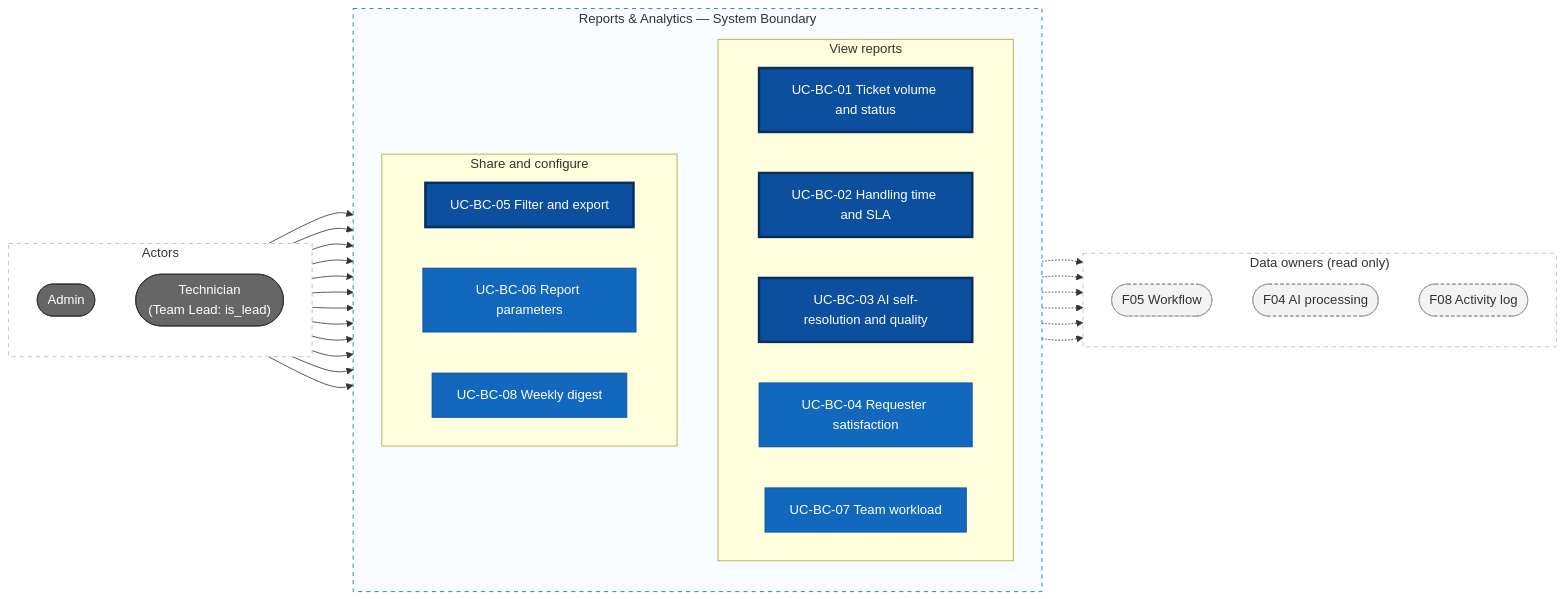
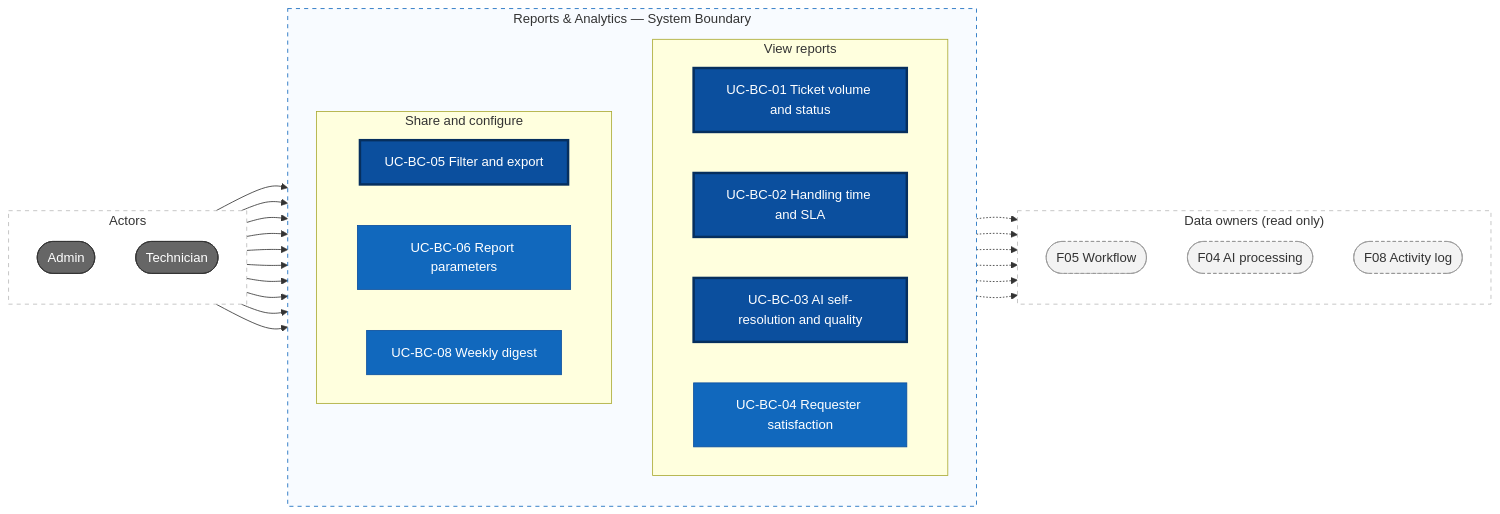
The first of 2 diagrams in docs/f07-reports-analytics/02-use-cases.md (Akaza-ban/Fable), drawn with Mermaid before and after one commit. The commit also changed other lines of this file and 14 other files, not shown here.

First line of the commit message:
docs(f07, f08): remove Team Lead, triage queue and team workload

````diff
--- a/docs/f07-reports-analytics/02-use-cases.md
+++ b/docs/f07-reports-analytics/02-use-cases.md
@@ -92,51 +90,50 @@
 ```mermaid
 flowchart LR
     subgraph left["Actors"]
         direction TB
         admin(["Admin"])
-        tech(["Technician<br/>(Team Lead: is_lead)"])
+        tech(["Technician"])
     end
 
     subgraph system["Reports & Analytics — System Boundary"]
         direction TB
         subgraph view["View reports"]
             direction LR
             uc01["UC-BC-01 Ticket volume and status"]
             uc02["UC-BC-02 Handling time and SLA"]
             uc03["UC-BC-03 AI self-resolution and quality"]
             uc04["UC-BC-04 Requester satisfaction"]
-            uc07["UC-BC-07 Team workload"]
         end
         subgraph share["Share and configure"]
             direction LR
             uc05["UC-BC-05 Filter and export"]
             uc06["UC-BC-06 Report parameters"]
             uc08["UC-BC-08 Weekly digest"]
         end
     end
 
     subgraph right["Data owners (read only)"]
         direction TB
         f05(["F05 Workflow"])
         f04(["F04 AI processing"])
         f08(["F08 Activity log"])
     end
 
-    admin --> uc01 & uc02 & uc03 & uc04 & uc05 & uc06 & uc07 & uc08
-    tech --> uc01 & uc02 & uc04 & uc07
+    admin --> uc01 & uc02 & uc03 & uc04 & uc05 & uc06 & uc08
+    tech --> uc01 & uc02 & uc04
     uc02 & uc03 -.-> f05
     uc03 -.-> f04
     uc03 & uc05 & uc06 -.-> f08
 
     classDef actor fill:#666,color:#fff,stroke:#333
     classDef usecase fill:#1168bd,color:#fff,stroke:#0b4f9e
     classDef core fill:#0b4f9e,color:#fff,stroke:#062f5e,stroke-width:3px
     classDef ext fill:#f3f3f3,color:#333,stroke:#999,stroke-dasharray:4 3
     class admin,tech actor
-    class uc04,uc06,uc07,uc08 usecase
+    class uc04,uc06,uc08 usecase
     class uc01,uc02,uc03,uc05 core
     class f05,f04,f08 ext
     style left fill:#fff,stroke:#bbb,stroke-dasharray:5 5
     style right fill:#fff,stroke:#bbb,stroke-dasharray:5 5
     style system fill:#f8fbff,stroke:#1168bd,stroke-dasharray:5 5
 ```
````
